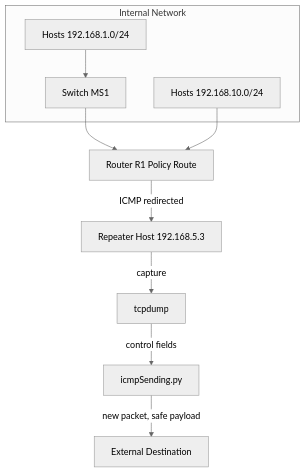
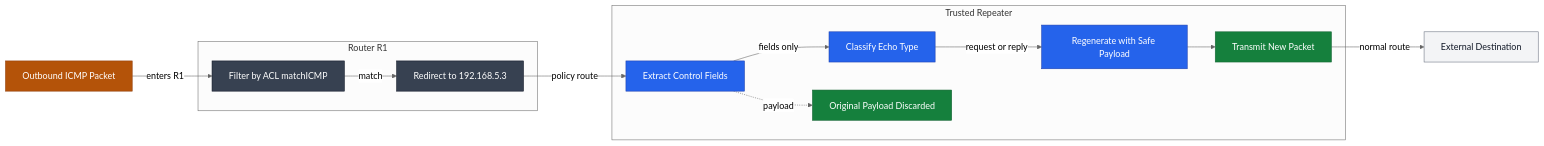
Before and after one commit to risingOnIP/trustedRepeater: the diagram in README.md, drawn with Mermaid. The commit also changed other lines of this file, not shown here.

````diff
--- a/README.md
+++ b/README.md
@@ -63,14 +99,28 @@
 ```mermaid
 %%{init: {"theme": "neutral"}}%%
-flowchart TB
-    subgraph internal["Internal Network"]
-        hostA["Hosts 192.168.1.0/24"] --> ms1["Switch MS1"]
-        hostB["Hosts 192.168.10.0/24"]
+flowchart LR
+    original["Outbound ICMP Packet"]
+    subgraph router["Router R1"]
+        filter["Filter by ACL matchICMP"] -->|"match"| redirect["Redirect to 192.168.5.3"]
     end
-    ms1 --> r1["Router R1 Policy Route"]
-    hostB --> r1
-    r1 -->|"ICMP redirected"| repeater["Repeater Host 192.168.5.3"]
-    repeater -->|"capture"| tcpdump["tcpdump"]
-    tcpdump -->|"control fields"| regen["icmpSending.py"]
-    regen -->|"new packet, safe payload"| dest["External Destination"]
+    subgraph repeater["Trusted Repeater"]
+        extract["Extract Control Fields"] -->|"fields only"| classify["Classify Echo Type"]
+        classify -->|"request or reply"| regenerate["Regenerate with Safe Payload"]
+        regenerate --> transmit["Transmit New Packet"]
+        extract -.->|"payload"| discard["Original Payload Discarded"]
+    end
+    dest["External Destination"]
+    original -->|"enters R1"| filter
+    redirect -->|"policy route"| extract
+    transmit -->|"normal route"| dest
+    classDef core fill:#2563EB,stroke:#1E40AF,color:#FFFFFF
+    classDef guard fill:#15803D,stroke:#166534,color:#FFFFFF
+    classDef threat fill:#B45309,stroke:#92400E,color:#FFFFFF
+    classDef infra fill:#374151,stroke:#111827,color:#FFFFFF
+    classDef external fill:#F3F4F6,stroke:#6B7280,color:#111827
+    class original threat
+    class filter,redirect infra
+    class extract,classify,regenerate core
+    class transmit,discard guard
+    class dest external
 ```
````
